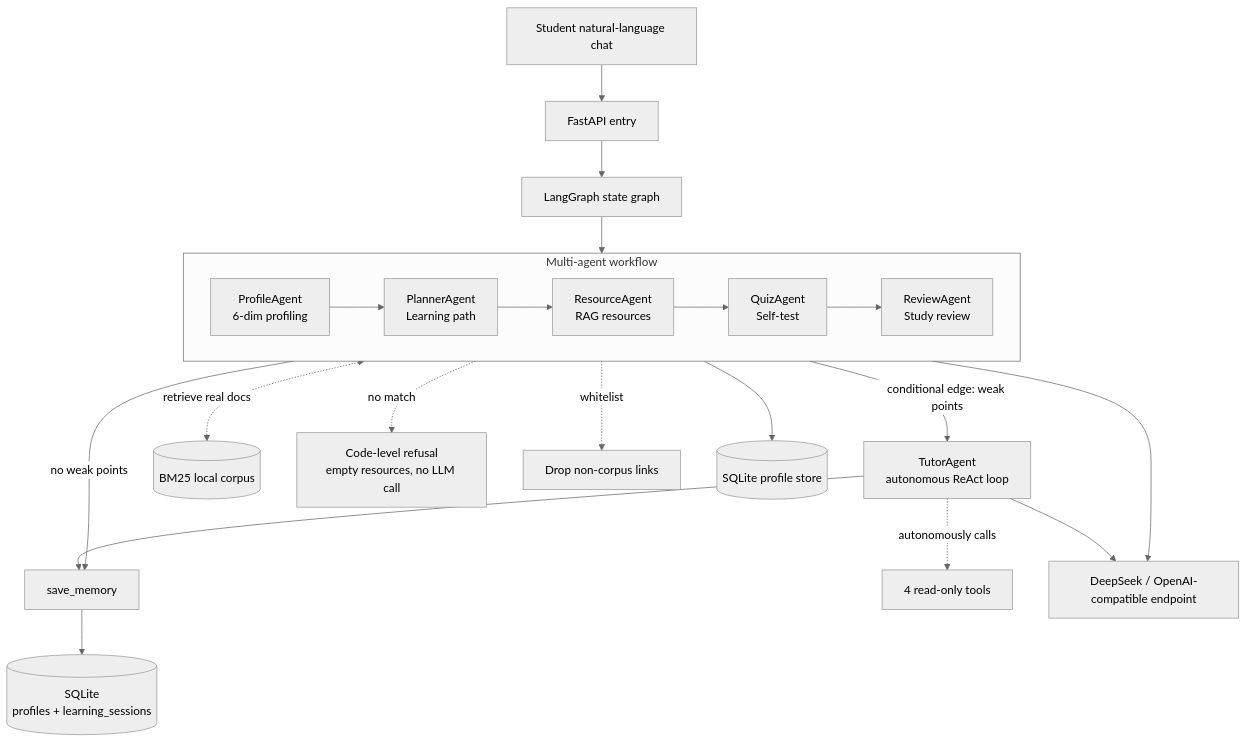
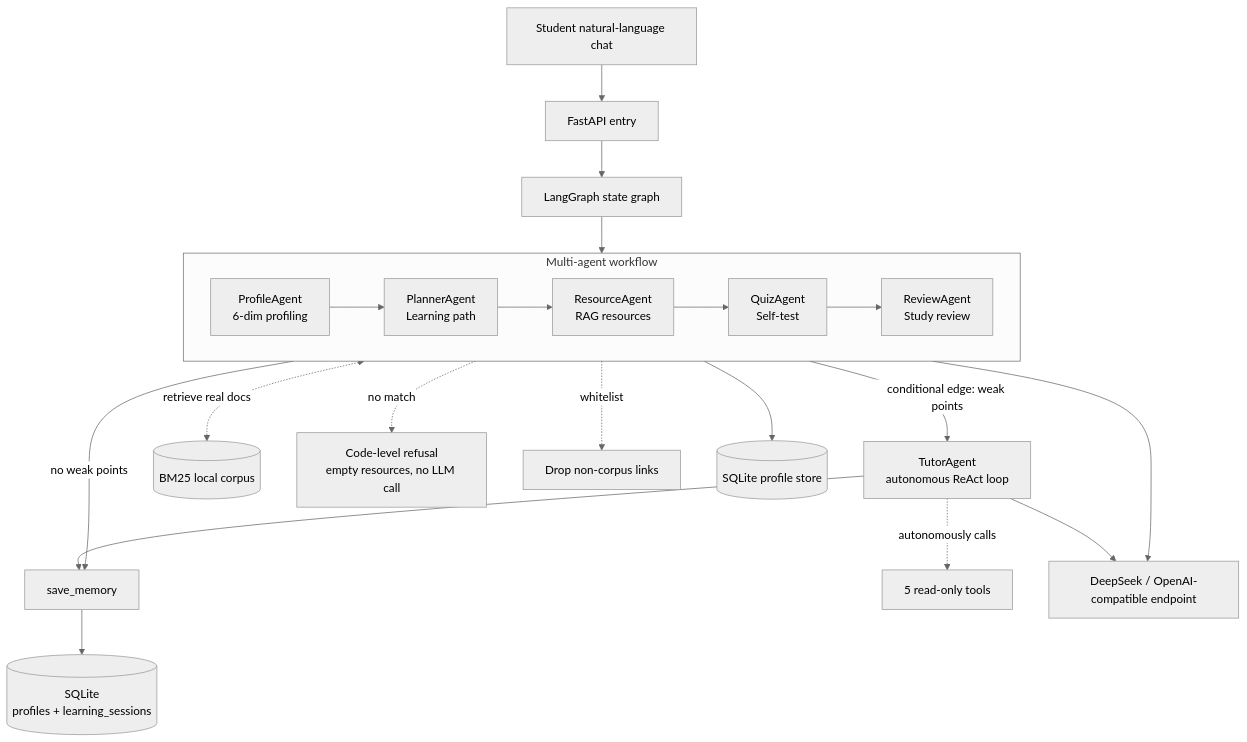
The diagram in README_EN.md (Dongnb66/python-learning-agent), drawn with Mermaid (neutral theme) before and after one commit. The commit also changed other lines of this file and 8 other files, not shown here.

````diff
--- a/README_EN.md
+++ b/README_EN.md
@@ -37,24 +38,24 @@
 ```mermaid
 flowchart TD
     User[Student natural-language chat] --> API[FastAPI entry]
     API --> SG[LangGraph state graph]
     subgraph WF[Multi-agent workflow]
         direction LR
         A[ProfileAgent<br/>6-dim profiling] --> B[PlannerAgent<br/>Learning path]
         B --> C[ResourceAgent<br/>RAG resources]
         C --> D[QuizAgent<br/>Self-test]
         D --> E[ReviewAgent<br/>Study review]
     end
     SG --> WF
     E -->|conditional edge: weak points| T[TutorAgent<br/>autonomous ReAct loop]
     E -->|no weak points| SM[save_memory]
-    T -.autonomously calls.-> TOOLS[4 read-only tools]
+    T -.autonomously calls.-> TOOLS[5 read-only tools]
     T --> SM
     SM --> DB2[(SQLite<br/>profiles + learning_sessions)]
     C <-.retrieve real docs.-> KB[(BM25 local corpus)]
     C -.no match.-> RC[Code-level refusal<br/>empty resources, no LLM call]
     C -.whitelist.-> WL[Drop non-corpus links]
     A --> DB[(SQLite profile store)]
     WF --> LLM[DeepSeek / OpenAI-compatible endpoint]
     T --> LLM
 ```
````
